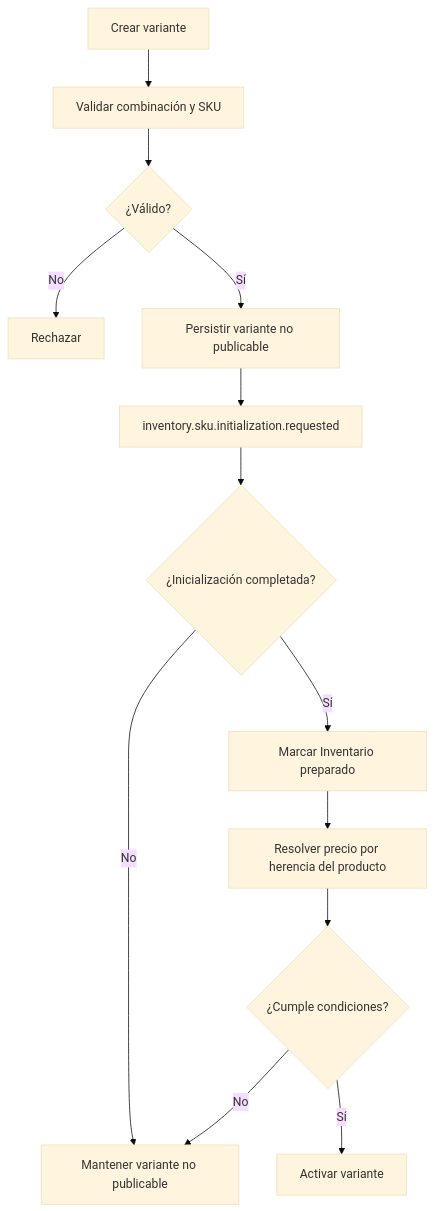
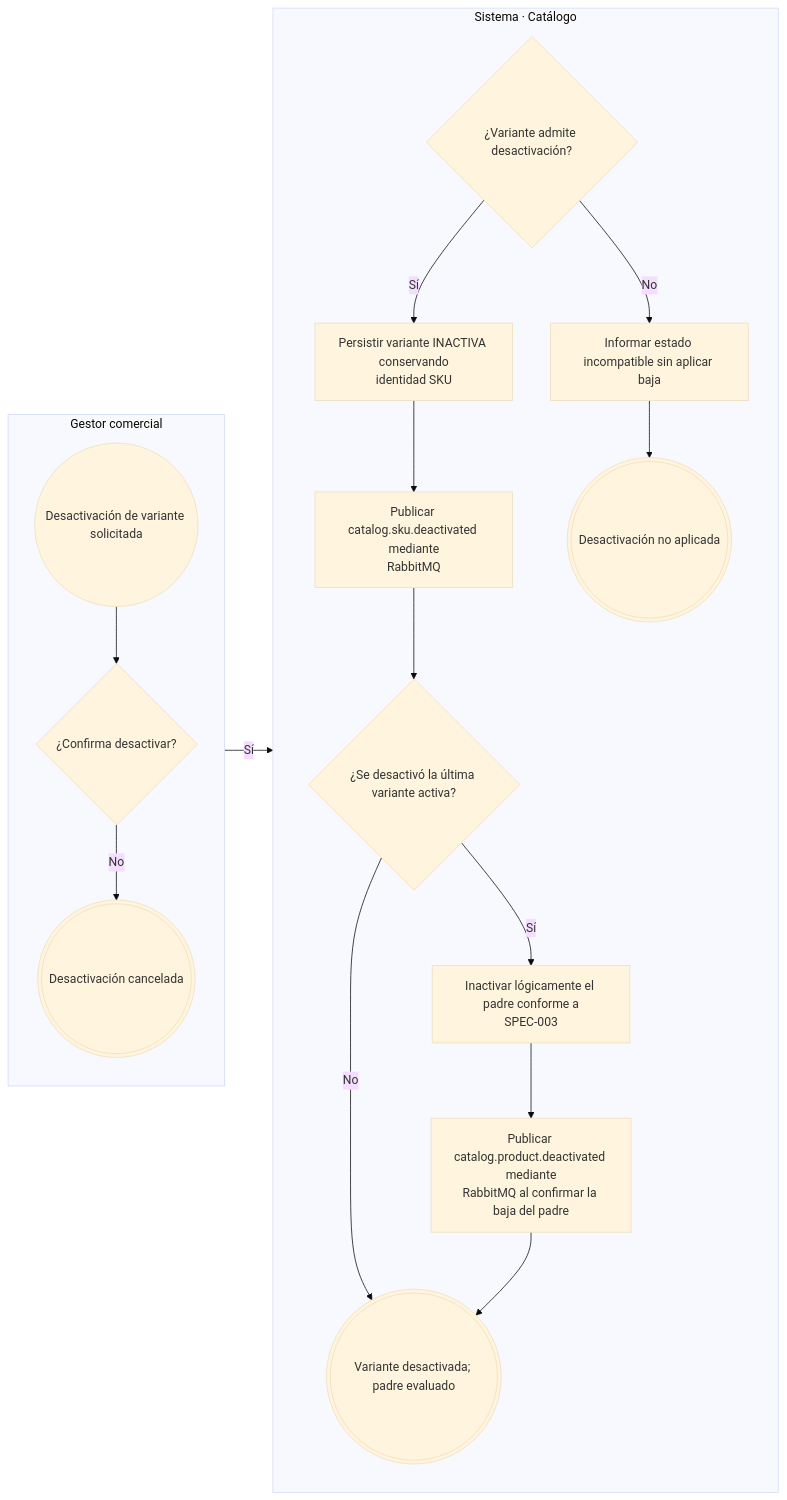
Before and after one commit to Taller-SW-Web/G6-Productos-Ofertas-docs: the fourth of 4 diagrams in flujos/FLOW-004-gestion-variantes-skus.md, drawn with Mermaid (base theme). The commit also changed other lines of this file and 4 other files, not shown here.

````diff
--- a/flujos/FLOW-004-gestion-variantes-skus.md
+++ b/flujos/FLOW-004-gestion-variantes-skus.md
@@ -4,15 +159,28 @@
 ```mermaid
-flowchart TD
-    A["Crear variante"] --> B["Validar combinación y SKU"]
-    B --> C{"¿Válido?"}
-    C -->|No| X["Rechazar"]
-    C -->|Sí| D["Persistir variante no publicable"]
-    D --> E["inventory.sku.initialization.requested"]
-    E --> F{"¿Inicialización completada?"}
-    F -->|No| G["Mantener variante no publicable"]
-    F -->|Sí| H["Marcar Inventario preparado"]
-    H --> I["Resolver precio por herencia del producto"]
-    I --> J{"¿Cumple condiciones?"}
-    J -->|Sí| K["Activar variante"]
-    J -->|No| G
+flowchart LR
+    subgraph G["Gestor comercial"]
+        direction TB
+        INICIO(("Desactivación de variante solicitada"))
+        CONFIRMAR{"¿Confirma desactivar?"}
+        FIN_CANCELAR((("Desactivación cancelada")))
+    end
+    subgraph S["Sistema · Catálogo"]
+        direction TB
+        VALIDAR{"¿Variante admite desactivación?"}
+        BAJA["Persistir variante INACTIVA conservando<br/>identidad SKU"]
+        EVENTO["Publicar catalog.sku.deactivated mediante<br/>RabbitMQ"]
+        ULTIMA{"¿Se desactivó la última variante activa?"}
+        PADRE["Inactivar lógicamente el padre conforme a<br/>SPEC-003"]
+        EVENTO_PADRE["Publicar catalog.product.deactivated mediante<br/>RabbitMQ al confirmar la baja del padre"]
+        ERROR["Informar estado incompatible sin aplicar baja"]
+        FIN_OK((("Variante desactivada; padre evaluado")))
+        FIN_ERROR((("Desactivación no aplicada")))
+    end
+    INICIO --> CONFIRMAR
+    CONFIRMAR -->|"No"| FIN_CANCELAR
+    CONFIRMAR -->|"Sí"| VALIDAR
+    VALIDAR -->|"Sí"| BAJA --> EVENTO --> ULTIMA
+    VALIDAR -->|"No"| ERROR --> FIN_ERROR
+    ULTIMA -->|"No"| FIN_OK
+    ULTIMA -->|"Sí"| PADRE --> EVENTO_PADRE --> FIN_OK
 ```
````
